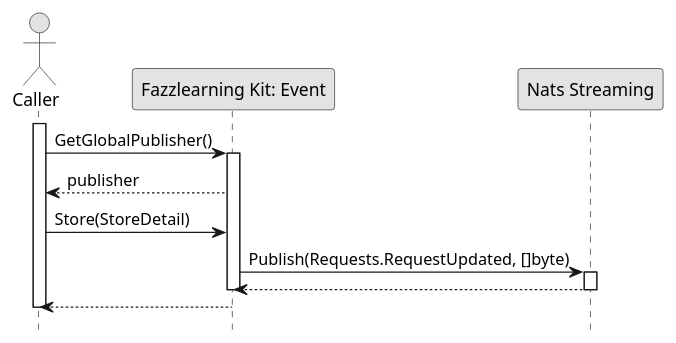
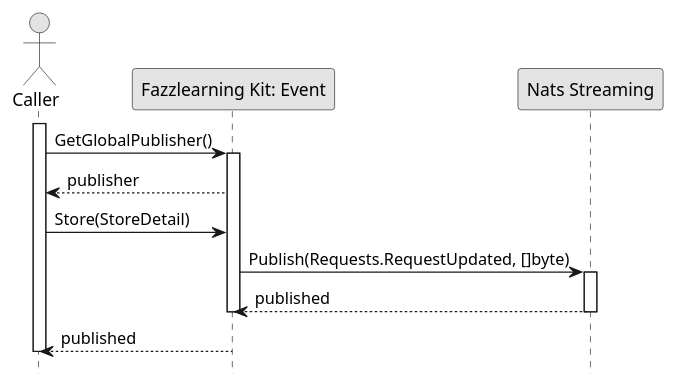
One commit to fwidjaya20/fazzlearning-uml changed the diagram in Sequence/Release04/PublishCommitRequest.wsd. Above: the diagram before and after it, drawn with PlantUML. The commit also changed 13 other files, not shown here.

Commit message:
fix(sequence): adding return wording

```diff
--- a/Sequence/Release04/PublishCommitRequest.wsd
+++ b/Sequence/Release04/PublishCommitRequest.wsd
@@ -1,27 +1,27 @@
 @startuml PublishEventCreated
 
 skinparam ConditionStyle hline
 skinparam Monochrome true
 skinparam Shadowing false
 hide footbox
 
 actor Caller
 participant "Fazzlearning Kit: Event" as FazzlearningKitEvent
 participant "Nats Streaming" as NatsStreaming
 
 activate Caller
 
 Caller->FazzlearningKitEvent: GetGlobalPublisher()
 activate FazzlearningKitEvent
 FazzlearningKitEvent-->Caller: publisher
 Caller->FazzlearningKitEvent: Store(StoreDetail)
 FazzlearningKitEvent->NatsStreaming: Publish(Requests.RequestUpdated, []byte)
 activate NatsStreaming
-NatsStreaming-->FazzlearningKitEvent
+NatsStreaming-->FazzlearningKitEvent: published
 deactivate NatsStreaming
 deactivate FazzlearningKitEvent
-FazzlearningKitEvent-->Caller
+FazzlearningKitEvent-->Caller: published
 
 deactivate Caller
 
 @enduml
```
